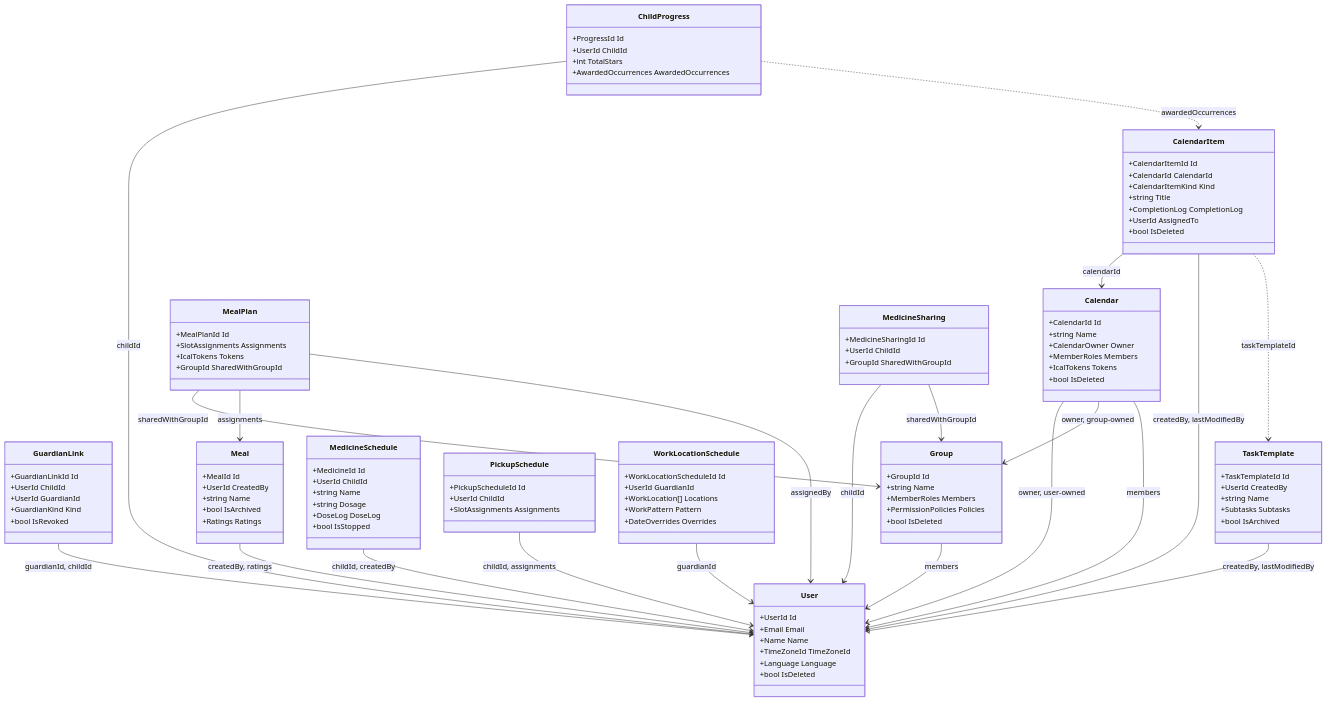
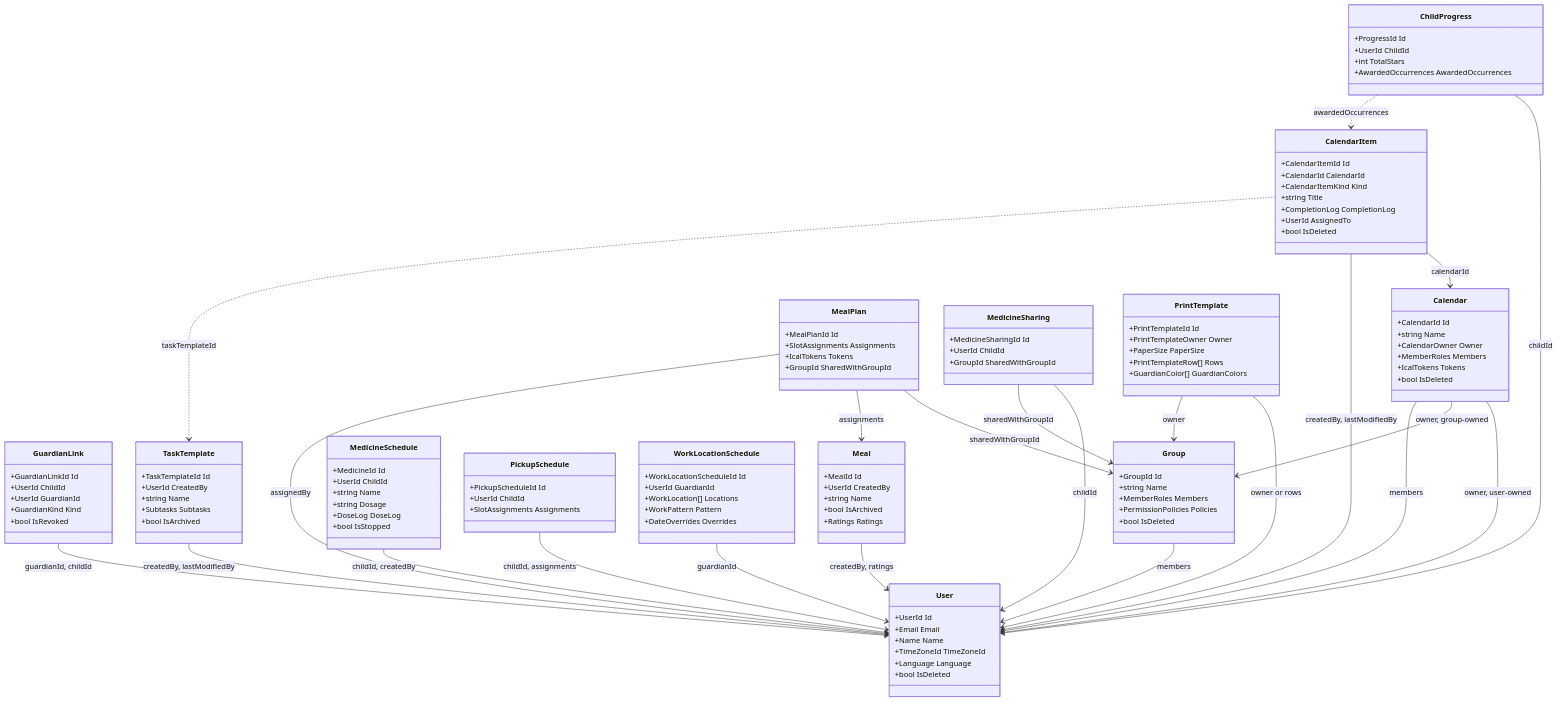
The diagram in docs/backend/analysis/domain-model-diagram.md (kimipsen/buddy), drawn with Mermaid before and after one commit. The commit also changed 77 other files, not shown here.

First line of the commit message:
feat(PrintTemplates): Implement print template management features

```diff
--- a/docs/backend/analysis/domain-model-diagram.md
+++ b/docs/backend/analysis/domain-model-diagram.md
@@ -104,6 +104,14 @@
         +DateOverrides Overrides
     }
 
+    class PrintTemplate {
+        +PrintTemplateId Id
+        +PrintTemplateOwner Owner
+        +PaperSize PaperSize
+        +PrintTemplateRow[] Rows
+        +GuardianColor[] GuardianColors
+    }
+
     class TaskTemplate {
         +TaskTemplateId Id
         +UserId CreatedBy
@@ -136,6 +144,8 @@
     MedicineSharing --> Group : sharedWithGroupId
     PickupSchedule --> User : childId, assignments
     WorkLocationSchedule --> User : guardianId
+    PrintTemplate --> User : owner or rows
+    PrintTemplate --> Group : owner
     TaskTemplate --> User : createdBy, lastModifiedBy
     ChildProgress --> User : childId
     ChildProgress ..> CalendarItem : awardedOccurrences
```
